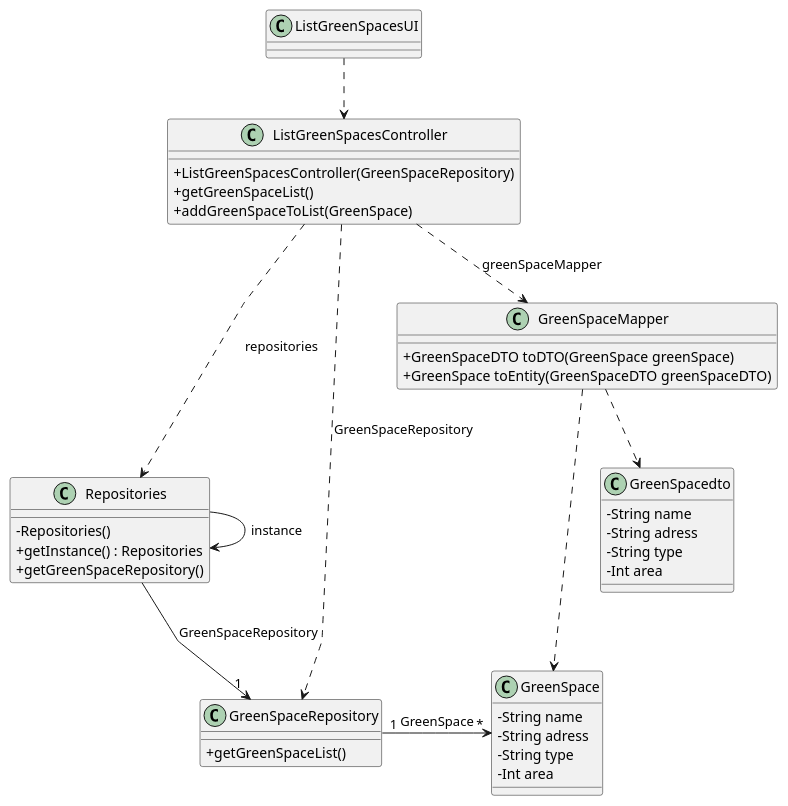
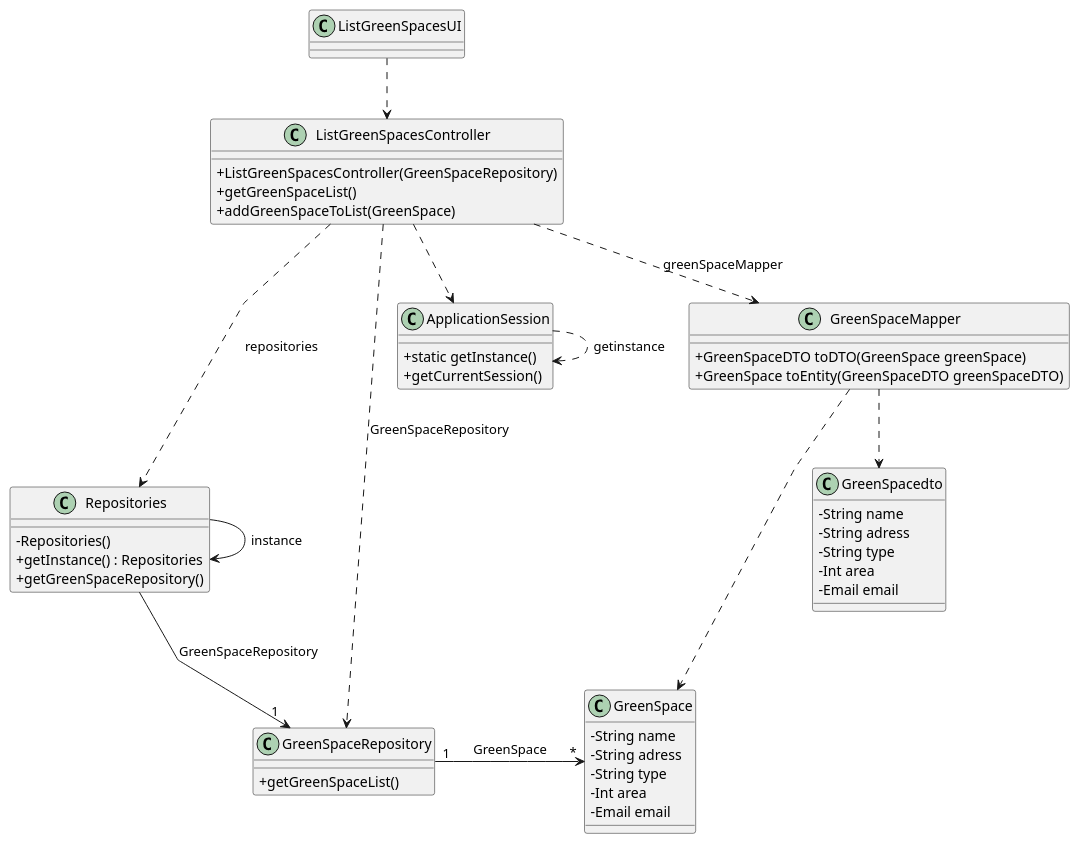
Before and after one commit to Departamento-de-Engenharia-Informatica/lei-24-s2-1dm-g132: the diagram in docs/sprintC/us027/03.design/puml/us027-class-diagram.puml, drawn with PlantUML. The commit also changed 3 other files, not shown here.

Commit message:
Changes in us20 and 27 class diagram

```diff
--- a/docs/sprintC/us027/03.design/puml/us027-class-diagram.puml
+++ b/docs/sprintC/us027/03.design/puml/us027-class-diagram.puml
@@ -1,69 +1,78 @@
 @startuml
 'skinparam monochrome true
 skinparam packageStyle rectangle
 skinparam shadowing false
 skinparam linetype polyline
 'skinparam linetype orto
 
 skinparam classAttributeIconSize 0
 
 'left to right direction
 
 class GreenSpace {
   - String name
   - String adress
   - String type
   - Int area
+  - Email email
+}
+class ApplicationSession
+{
+    + static getInstance()
+    + getCurrentSession()
 }
 
 class GreenSpacedto {
   - String name
   - String adress
   - String type
   - Int area
+  - Email email
 }
 
 class GreenSpaceMapper {
   + GreenSpaceDTO toDTO(GreenSpace greenSpace)
   + GreenSpace toEntity(GreenSpaceDTO greenSpaceDTO)
 }
 
 
 
 class ListGreenSpacesUI {
 }
 
 class ListGreenSpacesController {
     + ListGreenSpacesController(GreenSpaceRepository)
     + getGreenSpaceList()
     + addGreenSpaceToList(GreenSpace)
 
 }
 
 class Repositories {
     - Repositories()
     + getInstance() : Repositories
     + getGreenSpaceRepository()
 }
 
 class GreenSpaceRepository {
     + getGreenSpaceList()
 }
 
 
 
 Repositories -> Repositories : instance
 Repositories --> "1" GreenSpaceRepository: GreenSpaceRepository
 ListGreenSpacesController ...> Repositories: repositories
 ListGreenSpacesController ...> GreenSpaceRepository: GreenSpaceRepository
 
 ListGreenSpacesUI ..> ListGreenSpacesController
 
 GreenSpaceRepository "1" -> "*" GreenSpace : GreenSpace
 ListGreenSpacesController ..> GreenSpaceMapper: greenSpaceMapper
 GreenSpaceMapper ..> GreenSpacedto
 GreenSpaceMapper ..> GreenSpace
+ListGreenSpacesController ..> ApplicationSession
+ApplicationSession ..> ApplicationSession: getinstance
 
 
 
 @enduml
```
